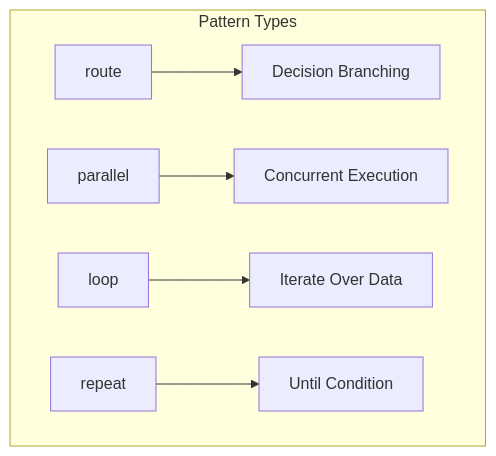
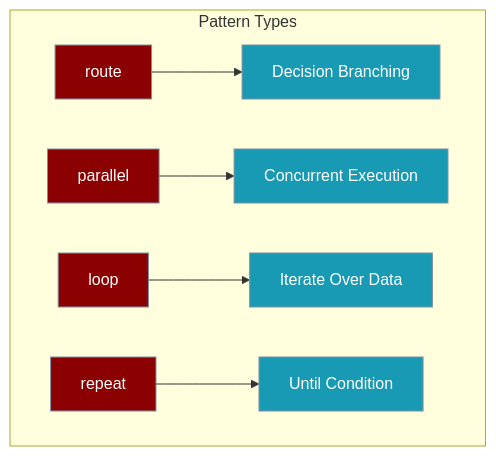
Before and after one commit to MervinPraison/PraisonAIDocs: the first of 2 diagrams in docs/features/workflow-patterns.mdx, drawn with Mermaid. The commit also changed other lines of this file and 4 other files, not shown here.

````diff
--- a/docs/features/workflow-patterns.mdx
+++ b/docs/features/workflow-patterns.mdx
@@ -11,9 +12,15 @@
 ```mermaid
 graph TD
     subgraph "Pattern Types"
         A[route] --> A1[Decision Branching]
         B[parallel] --> B1[Concurrent Execution]
         C[loop] --> C1[Iterate Over Data]
         D[repeat] --> D1[Until Condition]
     end
+    
+    classDef pattern fill:#8B0000,stroke:#7C90A0,color:#fff
+    classDef result fill:#189AB4,stroke:#7C90A0,color:#fff
+    
+    class A,B,C,D pattern
+    class A1,B1,C1,D1 result
 ```
````
